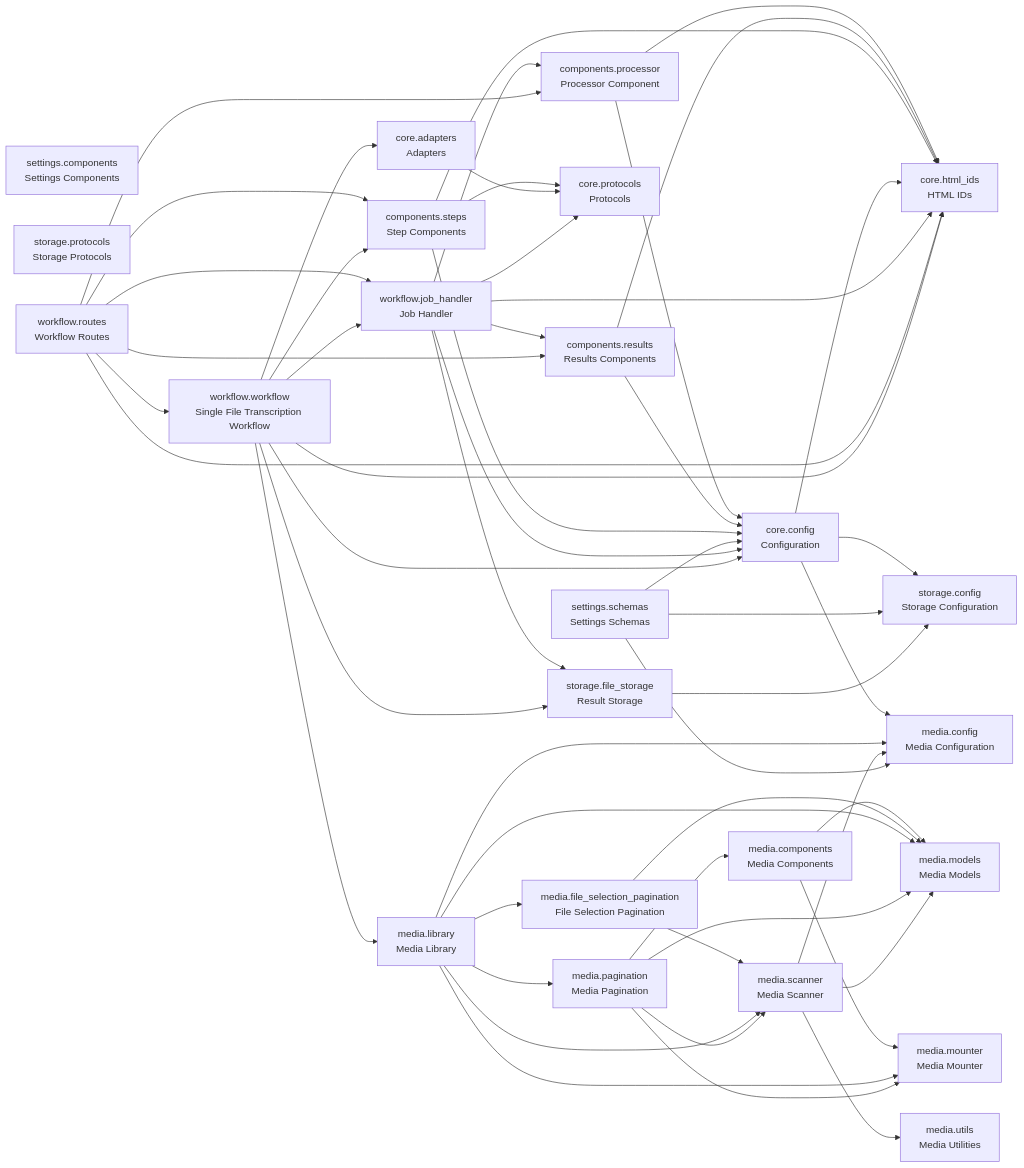
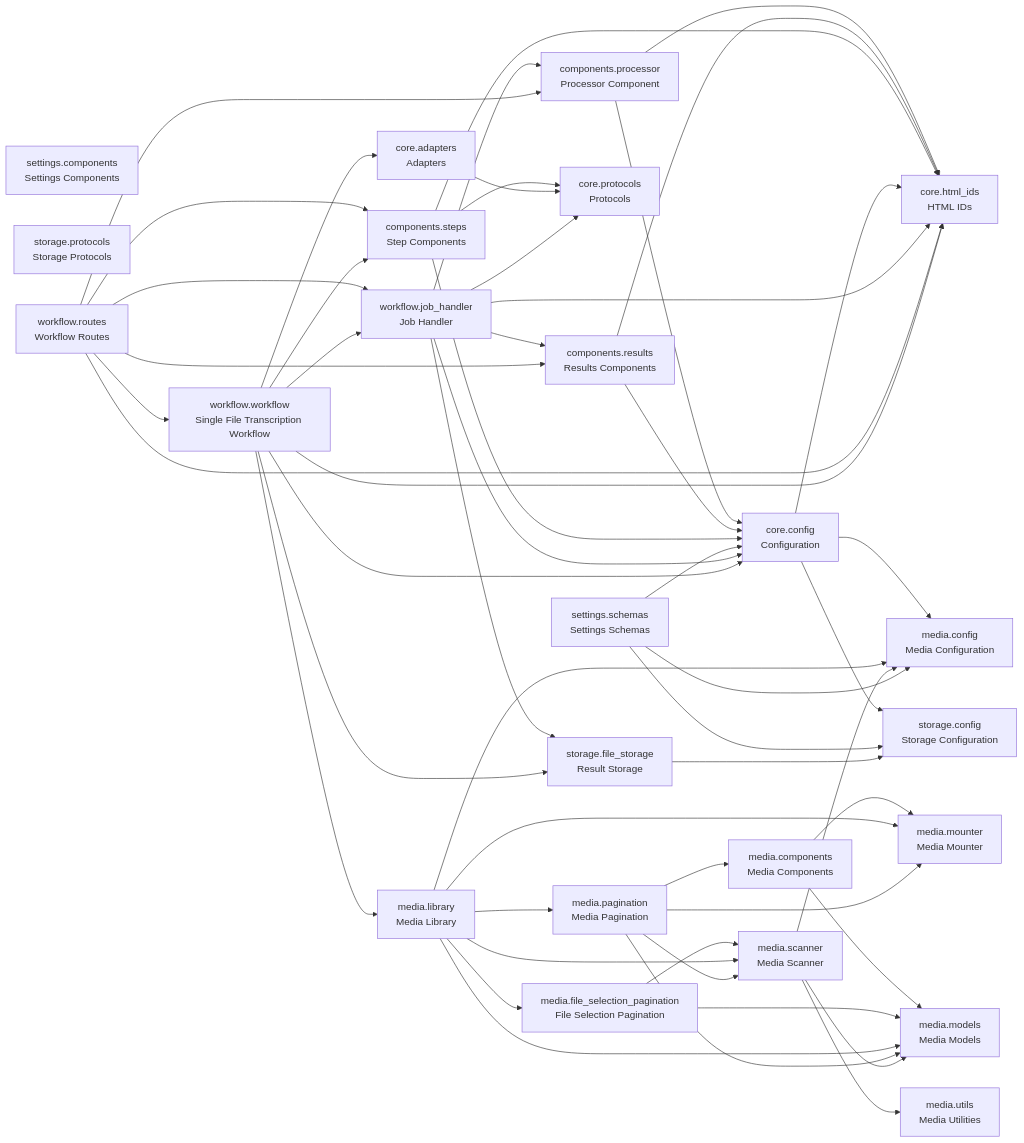
One commit to cj-mills/cjm-fasthtml-workflow-transcription-single-file changed the diagram in README.md. Above: the diagram before and after it, drawn with Mermaid. The commit also changed other lines of this file and 6 other files, not shown here.

````diff
--- a/README.md
+++ b/README.md
@@ -50,79 +50,79 @@
 ``` mermaid
 graph LR
     components_processor[components.processor<br/>Processor Component]
     components_results[components.results<br/>Results Components]
     components_steps[components.steps<br/>Step Components]
     core_adapters[core.adapters<br/>Adapters]
     core_config[core.config<br/>Configuration]
     core_html_ids[core.html_ids<br/>HTML IDs]
     core_protocols[core.protocols<br/>Protocols]
     media_components[media.components<br/>Media Components]
     media_config[media.config<br/>Media Configuration]
     media_file_selection_pagination[media.file_selection_pagination<br/>File Selection Pagination]
     media_library[media.library<br/>Media Library]
     media_models[media.models<br/>Media Models]
     media_mounter[media.mounter<br/>Media Mounter]
     media_pagination[media.pagination<br/>Media Pagination]
     media_scanner[media.scanner<br/>Media Scanner]
     media_utils[media.utils<br/>Media Utilities]
     settings_components[settings.components<br/>Settings Components]
     settings_schemas[settings.schemas<br/>Settings Schemas]
     storage_config[storage.config<br/>Storage Configuration]
     storage_file_storage[storage.file_storage<br/>Result Storage]
     storage_protocols[storage.protocols<br/>Storage Protocols]
     workflow_job_handler[workflow.job_handler<br/>Job Handler]
     workflow_routes[workflow.routes<br/>Workflow Routes]
     workflow_workflow[workflow.workflow<br/>Single File Transcription Workflow]
 
     components_processor --> core_html_ids
     components_processor --> core_config
     components_results --> core_html_ids
     components_results --> core_config
+    components_steps --> core_html_ids
     components_steps --> core_protocols
-    components_steps --> core_html_ids
     components_steps --> core_config
     core_adapters --> core_protocols
+    core_config --> media_config
     core_config --> storage_config
-    core_config --> media_config
     core_config --> core_html_ids
     media_components --> media_models
     media_components --> media_mounter
+    media_file_selection_pagination --> media_models
     media_file_selection_pagination --> media_scanner
-    media_file_selection_pagination --> media_models
+    media_library --> media_mounter
+    media_library --> media_models
+    media_library --> media_file_selection_pagination
+    media_library --> media_pagination
     media_library --> media_config
-    media_library --> media_models
-    media_library --> media_mounter
-    media_library --> media_pagination
-    media_library --> media_file_selection_pagination
     media_library --> media_scanner
+    media_pagination --> media_models
+    media_pagination --> media_scanner
     media_pagination --> media_components
-    media_pagination --> media_scanner
-    media_pagination --> media_models
     media_pagination --> media_mounter
+    media_scanner --> media_models
+    media_scanner --> media_config
     media_scanner --> media_utils
-    media_scanner --> media_config
-    media_scanner --> media_models
     settings_schemas --> media_config
     settings_schemas --> storage_config
     settings_schemas --> core_config
     storage_file_storage --> storage_config
+    workflow_job_handler --> core_protocols
+    workflow_job_handler --> components_processor
+    workflow_job_handler --> storage_file_storage
+    workflow_job_handler --> core_config
     workflow_job_handler --> components_results
-    workflow_job_handler --> core_config
-    workflow_job_handler --> core_protocols
-    workflow_job_handler --> storage_file_storage
     workflow_job_handler --> core_html_ids
-    workflow_job_handler --> components_processor
+    workflow_routes --> components_processor
+    workflow_routes --> workflow_job_handler
+    workflow_routes --> components_steps
+    workflow_routes --> workflow_workflow
     workflow_routes --> components_results
-    workflow_routes --> components_steps
-    workflow_routes --> workflow_job_handler
-    workflow_routes --> workflow_workflow
     workflow_routes --> core_html_ids
-    workflow_routes --> components_processor
-    workflow_workflow --> components_steps
-    workflow_workflow --> storage_file_storage
-    workflow_workflow --> core_html_ids
     workflow_workflow --> workflow_job_handler
     workflow_workflow --> media_library
+    workflow_workflow --> components_steps
+    workflow_workflow --> core_html_ids
+    workflow_workflow --> core_adapters
+    workflow_workflow --> storage_file_storage
     workflow_workflow --> core_config
-    workflow_workflow --> core_adapters
 ```
````
